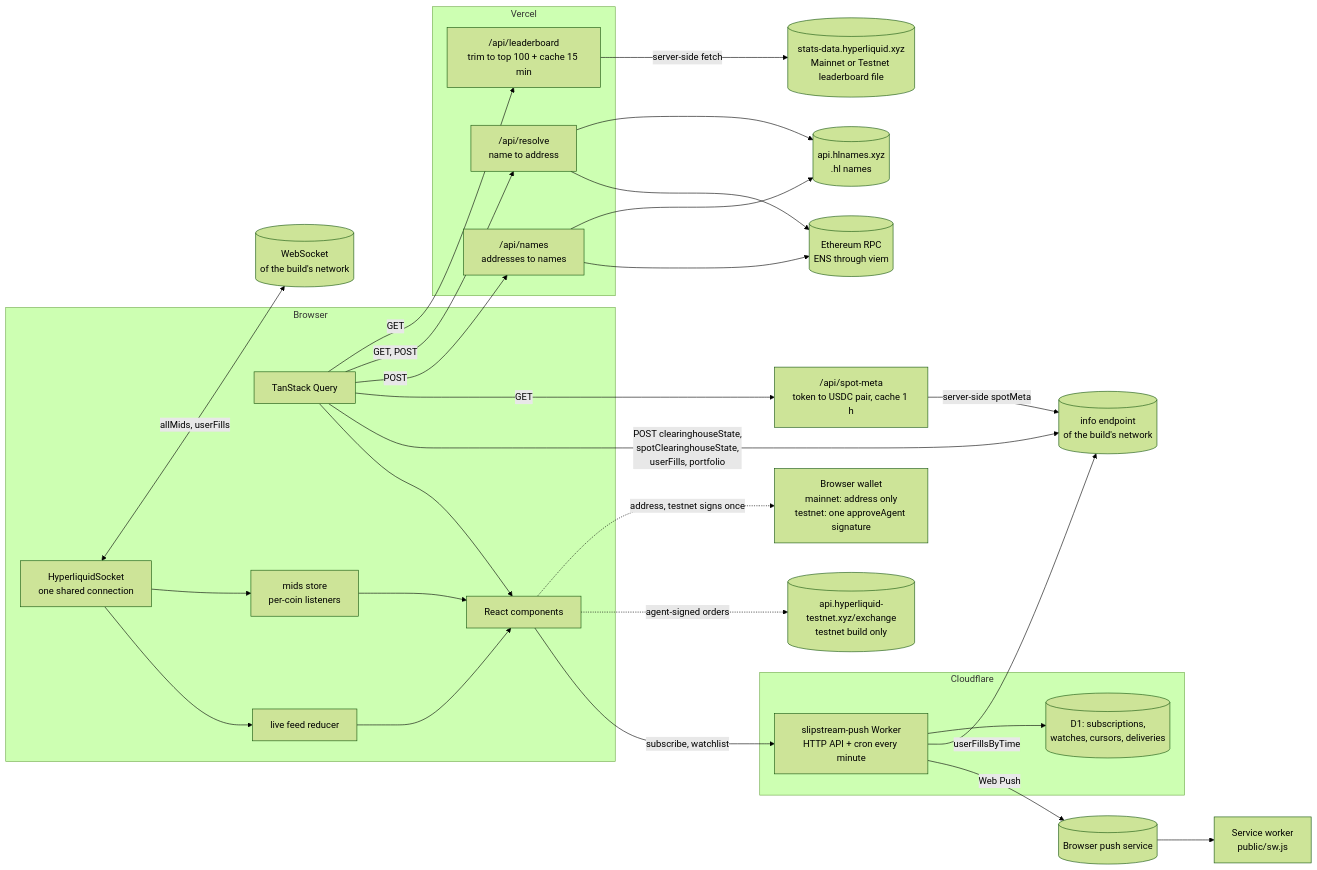
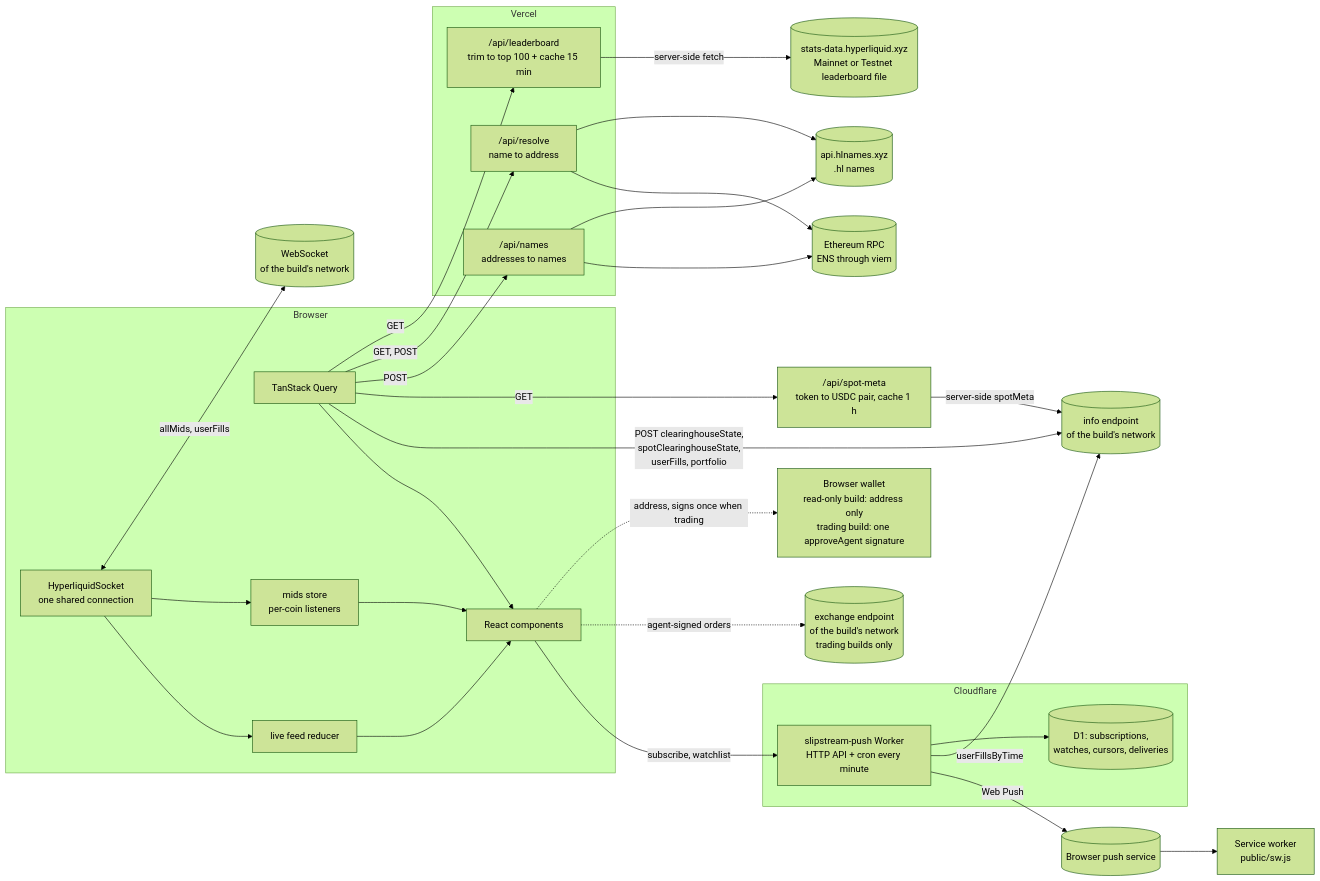
Before and after one commit to lukicenturi/slipstream: the diagram in README.md, drawn with Mermaid (forest theme). The commit also changed other lines of this file and 42 other files, not shown here.

First line of the commit message:
feat: mainnet trading at parity with testnet, with safeguards

````diff
--- a/README.md
+++ b/README.md
@@ -55,57 +55,57 @@
 ```mermaid
 flowchart LR
   subgraph Browser
     UI[React components]
     Q[TanStack Query]
     WS[HyperliquidSocket<br/>one shared connection]
     Mids[mids store<br/>per-coin listeners]
     Feed[live feed reducer]
   end
 
   subgraph Vercel
     Route["/api/leaderboard<br/>trim to top 100 + cache 15 min"]
     Resolve["/api/resolve<br/>name to address"]
     Names["/api/names<br/>addresses to names"]
   end
 
   Stats[(stats-data.hyperliquid.xyz<br/>Mainnet or Testnet leaderboard file)]
   HLN[(api.hlnames.xyz<br/>.hl names)]
   RPC[(Ethereum RPC<br/>ENS through viem)]
   Info[(info endpoint<br/>of the build's network)]
   Socket[(WebSocket<br/>of the build's network)]
-  Exchange[(api.hyperliquid-testnet.xyz/exchange<br/>testnet build only)]
-  Wallet[Browser wallet<br/>mainnet: address only<br/>testnet: one approveAgent signature]
+  Exchange[(exchange endpoint<br/>of the build's network<br/>trading builds only)]
+  Wallet[Browser wallet<br/>read-only build: address only<br/>trading build: one approveAgent signature]
 
   subgraph Cloudflare
     PushWorker["slipstream-push Worker<br/>HTTP API + cron every minute"]
     D1[(D1: subscriptions,<br/>watches, cursors, deliveries)]
   end
   PushSvc[(Browser push service)]
   SW[Service worker<br/>public/sw.js]
 
   Q -->|GET| Route
   Route -->|server-side fetch| Stats
   Q -->|GET, POST| Resolve
   Q -->|POST| Names
   Resolve --> HLN
   Resolve --> RPC
   Names --> HLN
   Names --> RPC
   SpotMeta["/api/spot-meta<br/>token to USDC pair, cache 1 h"]
   Q -->|GET| SpotMeta
   SpotMeta -->|server-side spotMeta| Info
   Q -->|POST clearinghouseState,<br/>spotClearinghouseState,<br/>userFills, portfolio| Info
   WS <-->|allMids, userFills| Socket
   WS --> Mids
   WS --> Feed
   Mids --> UI
   Feed --> UI
   Q --> UI
-  UI -.->|address, testnet signs once| Wallet
+  UI -.->|address, signs once when trading| Wallet
   UI -.->|agent-signed orders| Exchange
   UI -->|subscribe, watchlist| PushWorker
   PushWorker --> D1
   PushWorker -->|userFillsByTime| Info
   PushWorker -->|Web Push| PushSvc
   PushSvc --> SW
 ```
````
